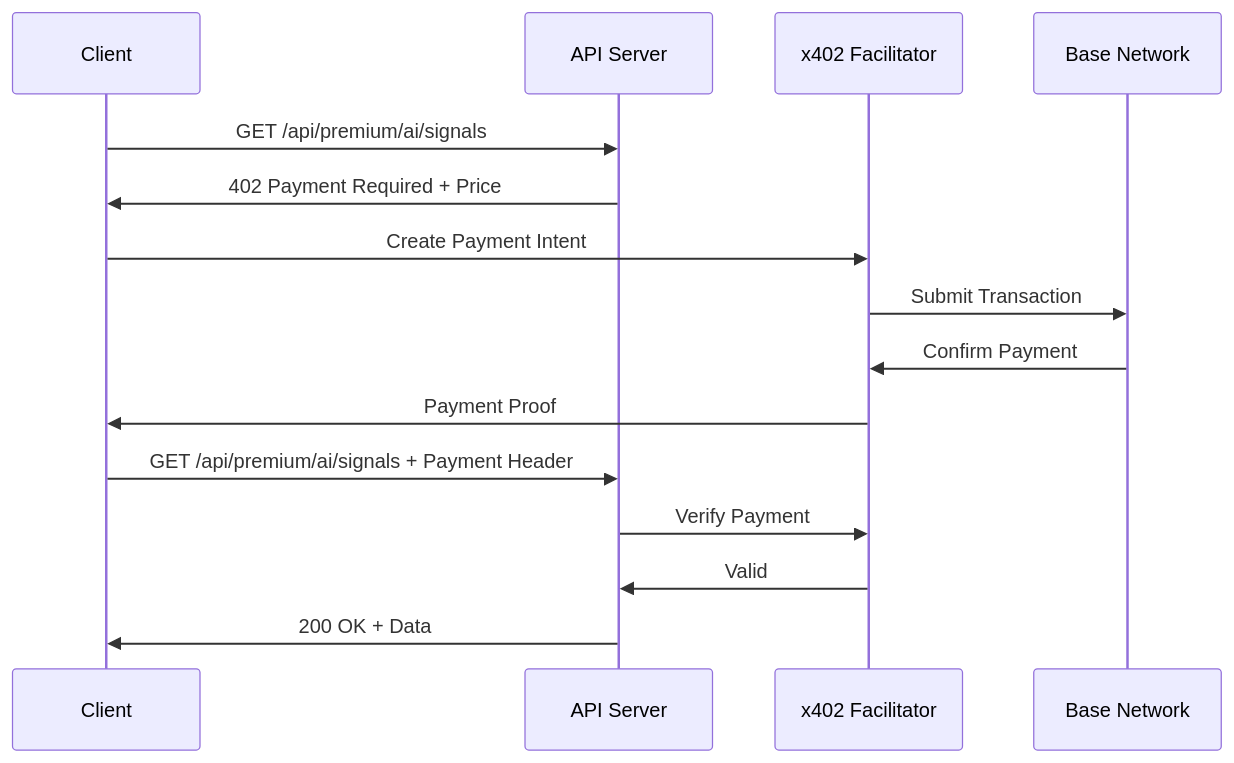
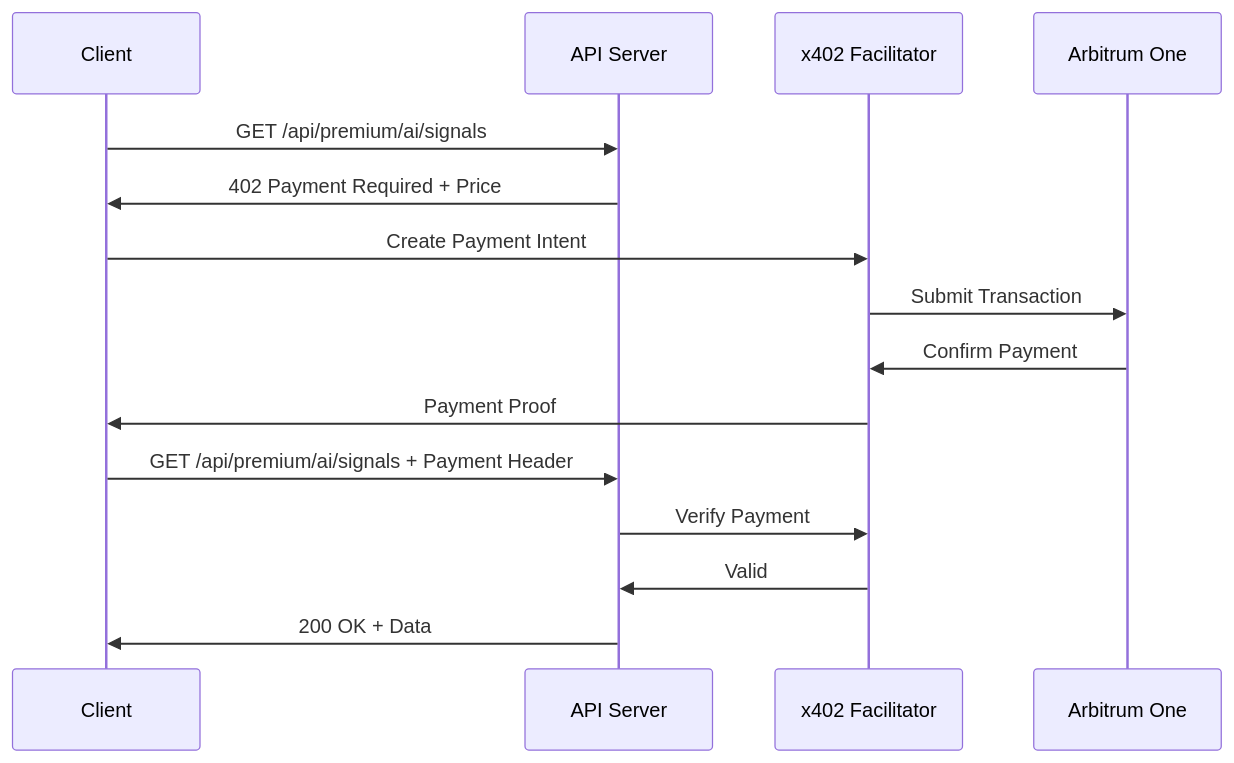
One commit to nirholas/cryptocurrency.cv changed the diagram in docs/X402.md. Above: the diagram before and after it, drawn with Mermaid. The commit also changed other lines of this file and 6 other files, not shown here.

First line of the commit message:
fix(x402): advertise the real settlement network (Arbitrum One) in 402 headers and every doc instead of a hardcoded Base list

````diff
--- a/docs/X402.md
+++ b/docs/X402.md
@@ -245,18 +249,18 @@
 ```mermaid
 sequenceDiagram
     participant C as Client
     participant S as API Server
     participant F as x402 Facilitator
-    participant B as Base Network
+    participant B as Arbitrum One
     
     C->>S: GET /api/premium/ai/signals
     S->>C: 402 Payment Required + Price
     C->>F: Create Payment Intent
     F->>B: Submit Transaction
     B->>F: Confirm Payment
     F->>C: Payment Proof
     C->>S: GET /api/premium/ai/signals + Payment Header
     S->>F: Verify Payment
     F->>S: Valid
     S->>C: 200 OK + Data
 ```
````
